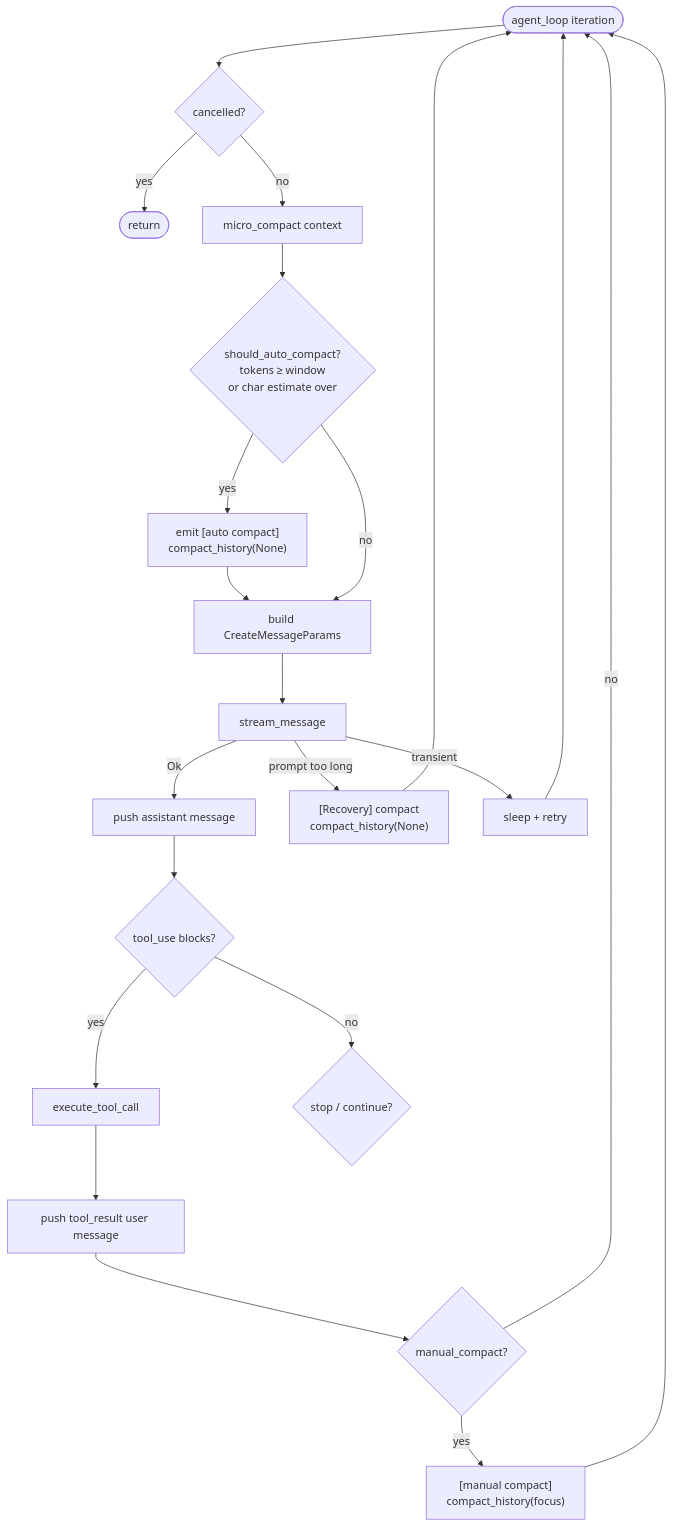
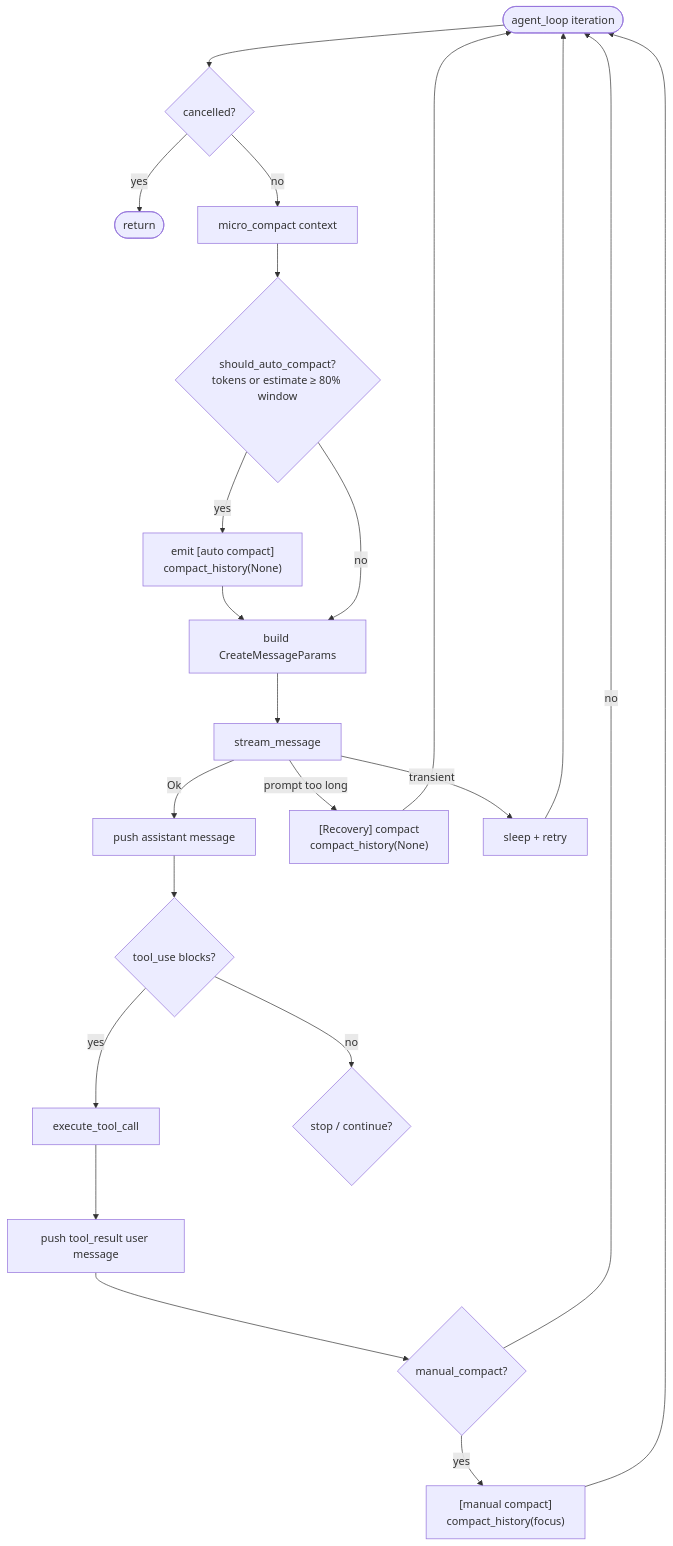
The third of 15 diagrams in book/05_chapter_compact.md (rust-infra/tact), drawn with Mermaid before and after one commit. The commit also changed other lines of this file and 5 other files, not shown here.

````diff
--- a/book/05_chapter_compact.md
+++ b/book/05_chapter_compact.md
@@ -84,24 +84,24 @@
 ```mermaid
 flowchart TD
     Start([agent_loop iteration]) --> Cancel{cancelled?}
     Cancel -->|yes| Exit([return])
     Cancel -->|no| MC[micro_compact context]
-    MC --> Size{should_auto_compact?<br/>tokens ≥ window<br/>or char estimate over}
+    MC --> Size{should_auto_compact?<br/>tokens or estimate ≥ 80% window}
     Size -->|yes| Auto["emit [auto compact]<br/>compact_history(None)"]
     Auto --> Build
     Size -->|no| Build[build CreateMessageParams]
     Build --> Stream[stream_message]
     Stream -->|Ok| Assist[push assistant message]
     Stream -->|prompt too long| Rec["[Recovery] compact<br/>compact_history(None)"]
     Rec --> Start
     Stream -->|transient| Backoff[sleep + retry]
     Backoff --> Start
     Assist --> Tools{tool_use blocks?}
     Tools -->|yes| Exec[execute_tool_call]
     Exec --> Persist[push tool_result user message]
     Persist --> Man{manual_compact?}
     Man -->|yes| MC2["[manual compact]<br/>compact_history(focus)"]
     MC2 --> Start
     Man -->|no| Start
     Tools -->|no| Done{stop / continue?}
 ```
````
